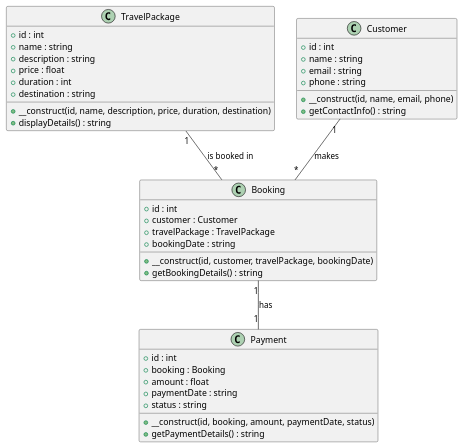
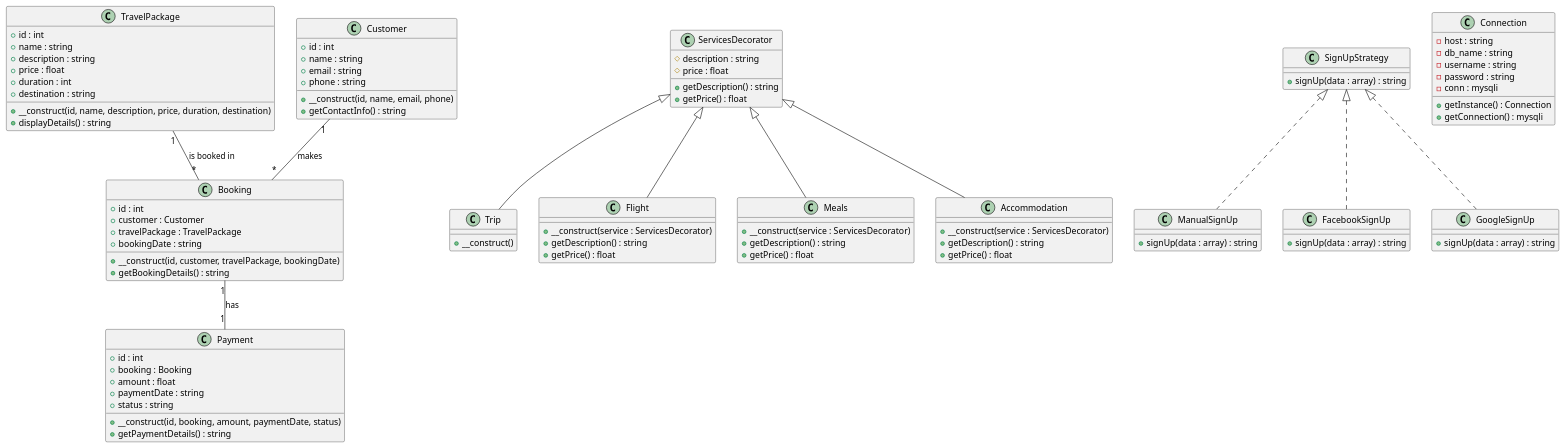
The diagram in class diagram/class diagram.wsd (Ibrahim0X1/travel-agency), drawn with PlantUML before and after one commit. The commit also changed 16 other files, not shown here.

```diff
--- a/class diagram/class diagram.wsd
+++ b/class diagram/class diagram.wsd
@@ -1,46 +1,108 @@
 @startuml class_diagram
 
 class TravelPackage {
     +id : int
     +name : string
     +description : string
     +price : float
     +duration : int
     +destination : string
     +__construct(id, name, description, price, duration, destination)
     +displayDetails() : string
 }
 
 class Customer {
     +id : int
     +name : string
     +email : string
     +phone : string
     +__construct(id, name, email, phone)
     +getContactInfo() : string
 }
 
 class Booking {
     +id : int
     +customer : Customer
     +travelPackage : TravelPackage
     +bookingDate : string
     +__construct(id, customer, travelPackage, bookingDate)
     +getBookingDetails() : string
 }
 
 class Payment {
     +id : int
     +booking : Booking
     +amount : float
     +paymentDate : string
     +status : string
     +__construct(id, booking, amount, paymentDate, status)
     +getPaymentDetails() : string
 }
 
+class ServicesDecorator {
+    #description : string
+    #price : float
+    +getDescription() : string
+    +getPrice() : float
+}
+
+class Trip {
+    +__construct()
+}
+
+class Flight {
+    +__construct(service : ServicesDecorator)
+    +getDescription() : string
+    +getPrice() : float
+}
+
+class Meals {
+    +__construct(service : ServicesDecorator)
+    +getDescription() : string
+    +getPrice() : float
+}
+
+class Accommodation {
+    +__construct(service : ServicesDecorator)
+    +getDescription() : string
+    +getPrice() : float
+}
+
+class SignUpStrategy {
+    +signUp(data : array) : string
+}
+
+class ManualSignUp {
+    +signUp(data : array) : string
+}
+
+class FacebookSignUp {
+    +signUp(data : array) : string
+}
+
+class GoogleSignUp {
+    +signUp(data : array) : string
+}
+
+class Connection {
+    -host : string
+    -db_name : string
+    -username : string
+    -password : string
+    -conn : mysqli
+    +getInstance() : Connection
+    +getConnection() : mysqli
+}
+
 Customer "1" -- "*" Booking : makes
 TravelPackage "1" -- "*" Booking : is booked in
 Booking "1" -- "1" Payment : has
+ServicesDecorator <|-- Trip
+ServicesDecorator <|-- Flight
+ServicesDecorator <|-- Meals
+ServicesDecorator <|-- Accommodation
+SignUpStrategy <|.. ManualSignUp
+SignUpStrategy <|.. FacebookSignUp
+SignUpStrategy <|.. GoogleSignUp
 
 @enduml
```
